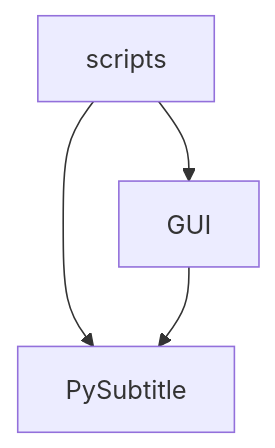
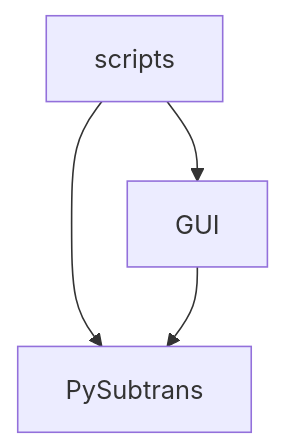
One commit to machinewrapped/llm-subtrans changed the diagram in docs/architecture.md. Above: the diagram before and after it, drawn with Mermaid. The commit also changed other lines of this file and 310 other files, not shown here.

````diff
--- a/docs/architecture.md
+++ b/docs/architecture.md
@@ -3,6 +3,6 @@
 ```mermaid
 graph TD
     Scripts[scripts] --> GUI[GUI]
-    Scripts --> PySubtitle[PySubtitle]
-    GUI --> PySubtitle
+    Scripts --> PySubtrans[PySubtrans]
+    GUI --> PySubtrans
 ```
````
